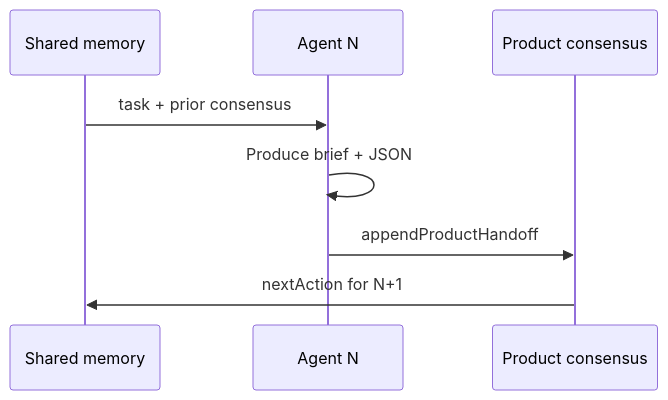
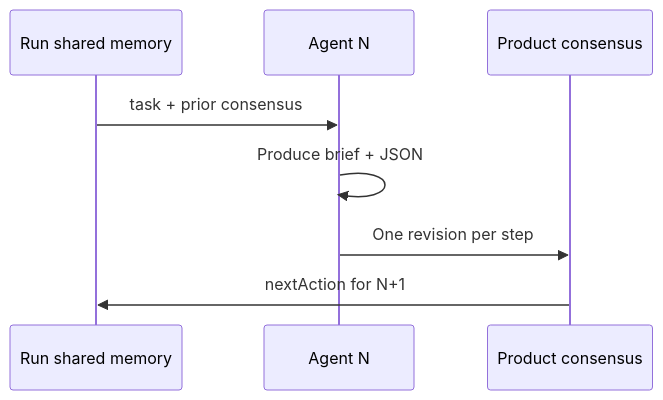
The second of 3 diagrams in frontend/src/content/help/handoffs.en.md (kreodevs/ia-company), drawn with Mermaid before and after one commit. The commit also changed other lines of this file and 21 other files, not shown here.

````diff
--- a/frontend/src/content/help/handoffs.en.md
+++ b/frontend/src/content/help/handoffs.en.md
@@ -80,10 +82,10 @@
 ```mermaid
 sequenceDiagram
-  participant M as Shared memory
+  participant M as Run shared memory
   participant A as Agent N
   participant C as Product consensus
   M->>A: task + prior consensus
   A->>A: Produce brief + JSON
-  A->>C: appendProductHandoff
+  A->>C: One revision per step
   C->>M: nextAction for N+1
 ```
````
